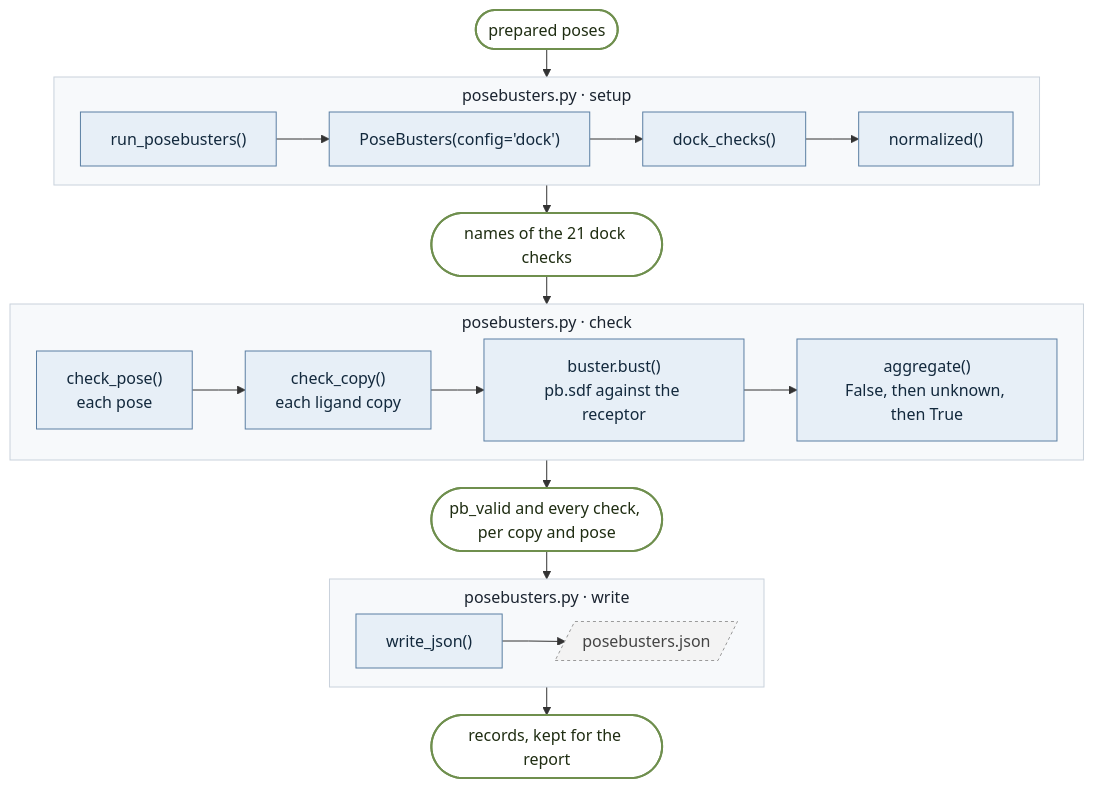
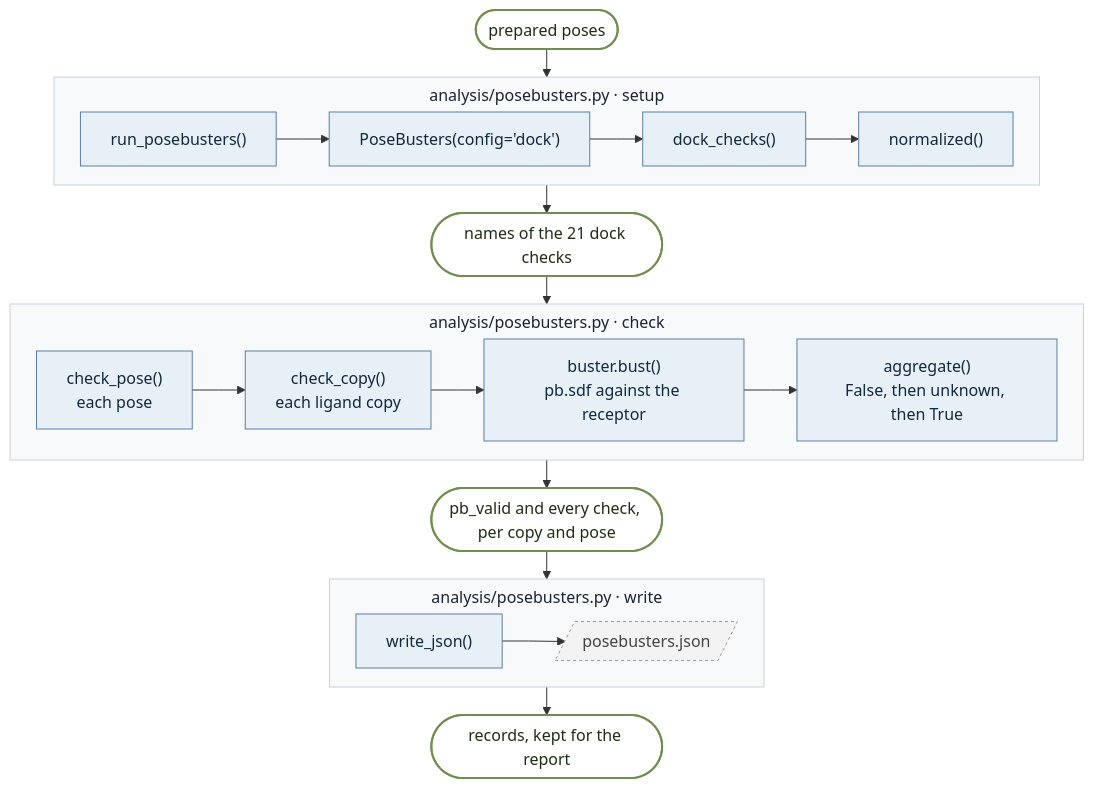
The fourth of 9 diagrams in docs/code-map.md (James-Broster/core-score), drawn with Mermaid before and after one commit. The commit also changed other lines of this file and 47 other files, not shown here.

````diff
--- a/docs/code-map.md
+++ b/docs/code-map.md
@@ -202,32 +205,32 @@
 ```mermaid
 %%{init: {"flowchart": {"curve": "linear", "nodeSpacing": 18, "rankSpacing": 28, "subGraphTitleMargin": {"top": 6, "bottom": 10}}}}%%
 flowchart TB
     classDef fn fill:#e7eff7,stroke:#5b7fa3,color:#13293d
     classDef data fill:#ffffff,stroke:#6f8f4e,color:#1f2d12,stroke-width:2px
     classDef file fill:#f3f3f3,stroke:#9a9a9a,color:#444,stroke-dasharray:3 3
     classDef stage fill:#f7f9fb,stroke:#c9d2dc,color:#1b2430
 
     start(["prepared poses"]):::data
 
-    subgraph B1["posebusters.py · setup"]
+    subgraph B1["analysis/posebusters.py · setup"]
         direction LR
         a1["run_posebusters()"]:::fn --> a2["PoseBusters(config='dock')"]:::fn --> a3["dock_checks()"]:::fn --> a4["normalized()"]:::fn
     end
     d1(["names of the 21 dock checks"]):::data
 
-    subgraph B2["posebusters.py · check"]
+    subgraph B2["analysis/posebusters.py · check"]
         direction LR
         c1["check_pose()<br/>each pose"]:::fn --> c2["check_copy()<br/>each ligand copy"]:::fn --> c3["buster.bust()<br/>pb.sdf against the receptor"]:::fn --> c4["aggregate()<br/>False, then unknown, then True"]:::fn
     end
     d2(["pb_valid and every check, per copy and pose"]):::data
 
-    subgraph B3["posebusters.py · write"]
+    subgraph B3["analysis/posebusters.py · write"]
         direction LR
         e1["write_json()"]:::fn --> e2[/"posebusters.json"/]:::file
     end
     d3(["records, kept for the report"]):::data
 
     start --> B1 --> d1 --> B2 --> d2 --> B3 --> d3
 
     class B1,B2,B3 stage
 ```
````
